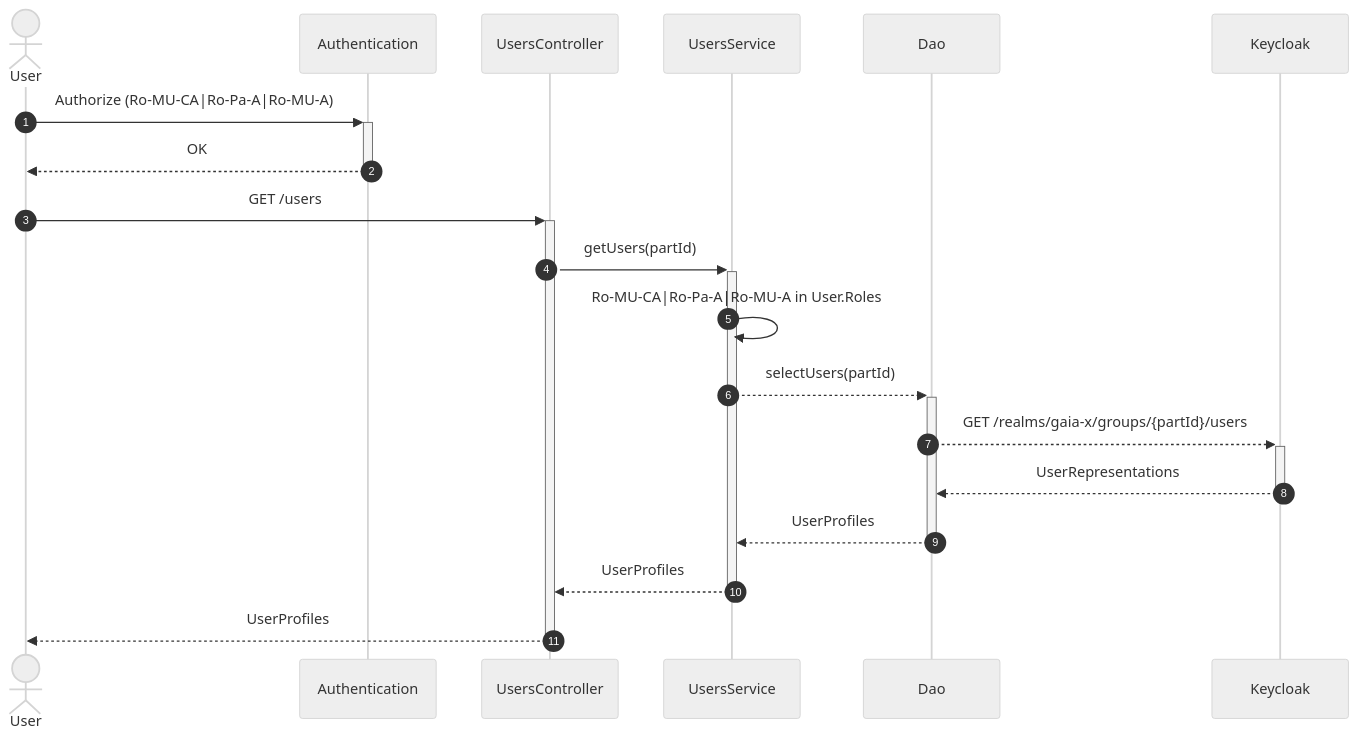
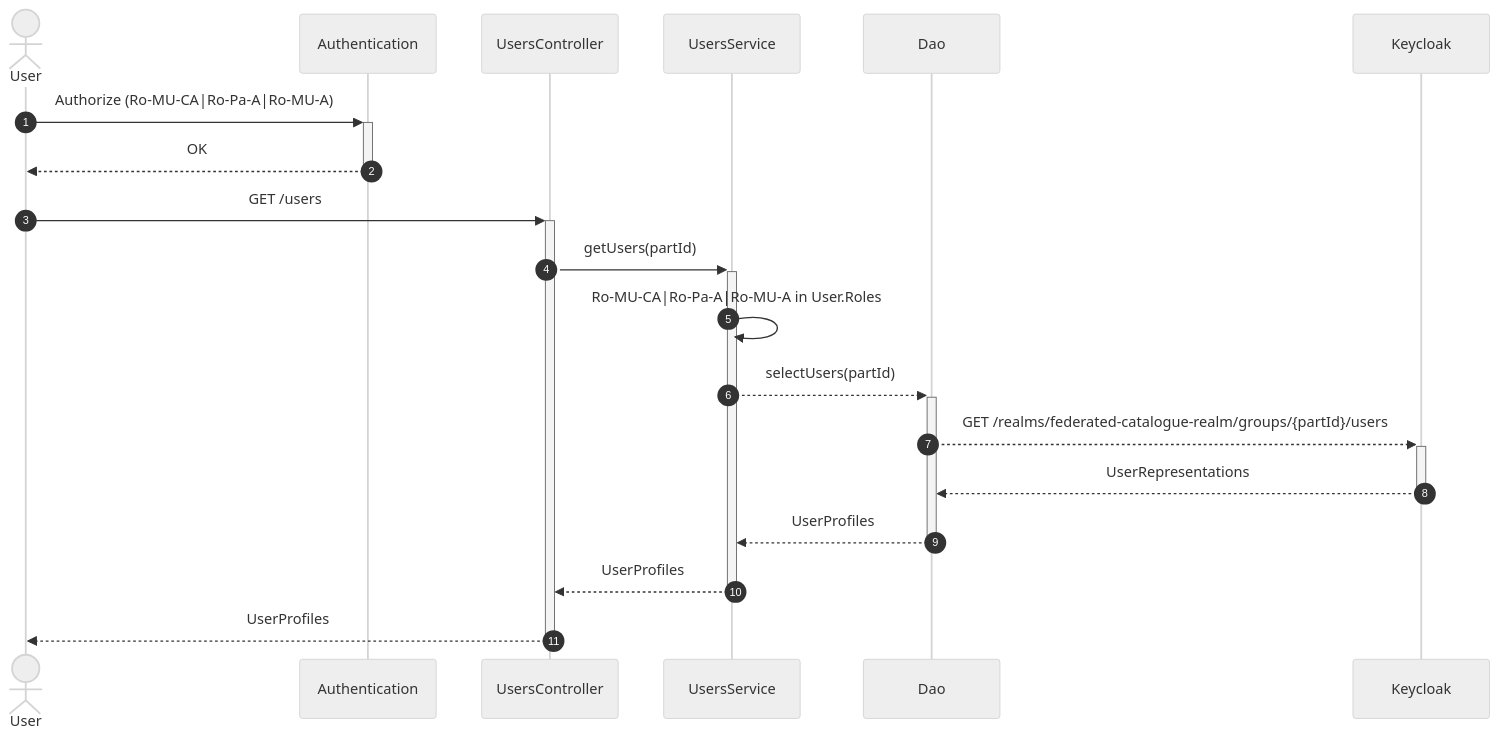
Before and after one commit to eclipse-xfsc/docs: the eighth of 44 diagrams in federated-catalogue/src/docs/architecture/chapters/06_runtime_view.adoc, drawn with Mermaid (neutral theme). The commit also changed other lines of this file and 1 other file, not shown here.

First line of the commit message:
docs(arc42): Correct Keycloak realm and clarify user management authorization (#39)

```diff
--- a/federated-catalogue/src/docs/architecture/chapters/06_runtime_view.adoc
+++ b/federated-catalogue/src/docs/architecture/chapters/06_runtime_view.adoc
@@ -300,24 +300,24 @@
 [mermaid, width=2000]
 ....
 sequenceDiagram
     autonumber
     actor User
     participant Auth as Authentication
     participant API as UsersController
     participant service as UsersService
     participant dao as Dao
     participant keycloak as Keycloak
 
     User ->> + Auth:Authorize (Ro-MU-CA|Ro-Pa-A|Ro-MU-A)
     Auth -->> - User:OK
 
     User ->> + API:GET /users
     API ->> + service: getUsers(partId)
     service ->> service: Ro-MU-CA|Ro-Pa-A|Ro-MU-A in User.Roles
     service -->> + dao: selectUsers(partId)
-    dao -->> + keycloak: GET /realms/gaia-x/groups/{partId}/users
+    dao -->> + keycloak: GET /realms/federated-catalogue-realm/groups/{partId}/users
     keycloak -->> - dao: UserRepresentations
     dao -->> - service: UserProfiles
     service -->> - API:UserProfiles
     API -->> - User: UserProfiles
 ....
```
